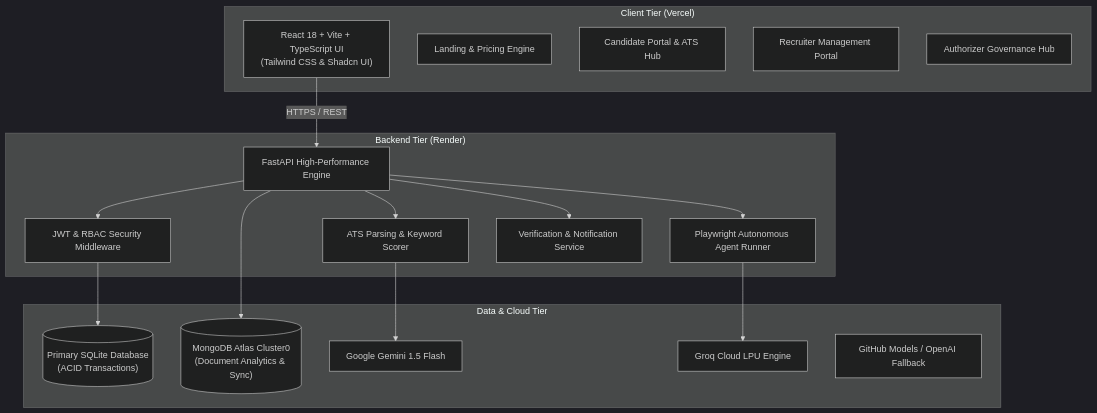
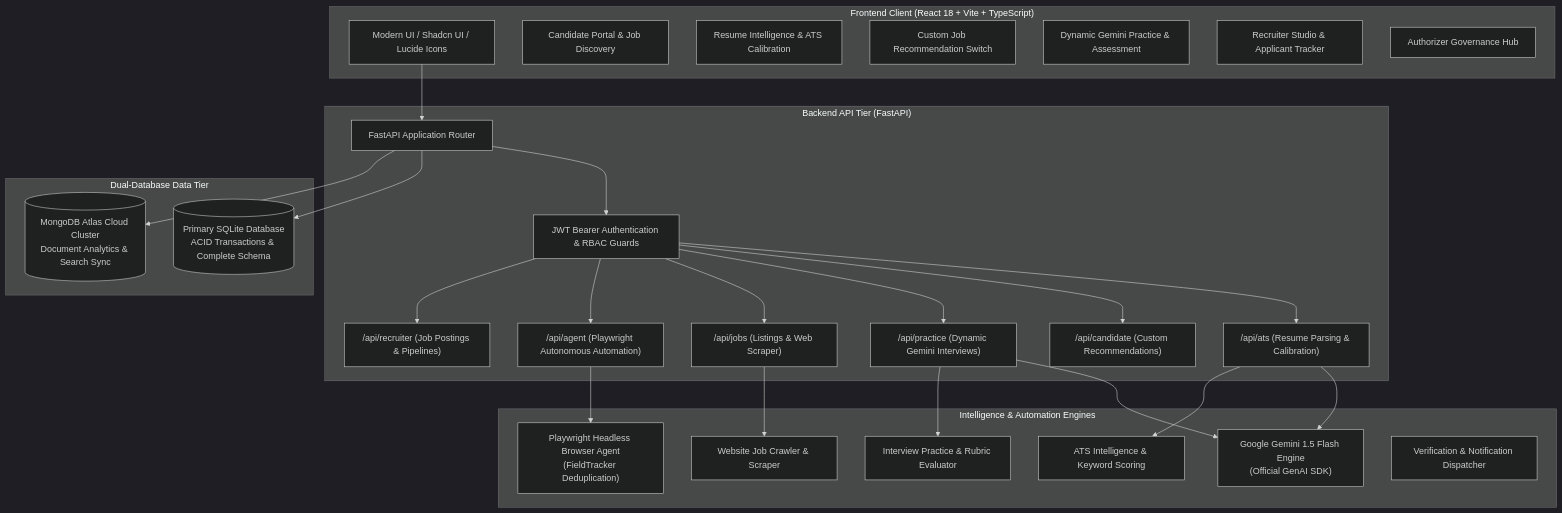
Before and after one commit to tteja121/AutoAgentHire: the diagram in README.md, drawn with Mermaid (dark theme). The commit also changed other lines of this file and 132 other files, not shown here.

Commit message:
feat: complete platform enhancement - dynamic Gemini practice, custom recommendations, ATS calibration & security audit

````diff
--- a/README.md
+++ b/README.md
@@ -39,36 +41,56 @@
 ```mermaid
 graph TD
-    subgraph Client Tier ["Client Tier (Vercel)"]
-        UI["React 18 + Vite + TypeScript UI<br/>(Tailwind CSS & Shadcn UI)"]
-        Landing["Landing & Pricing Engine"]
-        CandidateDash["Candidate Portal & ATS Hub"]
-        RecruiterDash["Recruiter Management Portal"]
-        AuthDash["Authorizer Governance Hub"]
+    subgraph Client Tier ["Frontend Client (React 18 + Vite + TypeScript)"]
+        UI["Modern UI / Shadcn UI / Lucide Icons"]
+        CandidateApp["Candidate Portal & Job Discovery"]
+        ResumeEngine["Resume Intelligence & ATS Calibration"]
+        CustomizeSwitch["Custom Job Recommendation Switch"]
+        PracticeHub["Dynamic Gemini Practice & Assessment"]
+        RecruiterApp["Recruiter Studio & Applicant Tracker"]
+        AuthorizerApp["Authorizer Governance Hub"]
     end
 
-    subgraph API Tier ["Backend Tier (Render)"]
-        FastAPI["FastAPI High-Performance Engine"]
-        AuthMiddleware["JWT & RBAC Security Middleware"]
-        AgentRunner["Playwright Autonomous Agent Runner"]
-        ATSScanner["ATS Parsing & Keyword Scorer"]
-        EmailService["Verification & Notification Service"]
+    subgraph API Gateway ["Backend API Tier (FastAPI)"]
+        Router["FastAPI Application Router"]
+        Security["JWT Bearer Authentication & RBAC Guards"]
+        ATSRoutes["/api/ats (Resume Parsing & Calibration)"]
+        RecomRoutes["/api/candidate (Custom Recommendations)"]
+        PracticeRoutes["/api/practice (Dynamic Gemini Interviews)"]
+        JobRoutes["/api/jobs (Listings & Web Scraper)"]
+        AgentRoutes["/api/agent (Playwright Autonomous Automation)"]
+        RecruiterRoutes["/api/recruiter (Job Postings & Pipelines)"]
     end
 
-    subgraph Data & AI Tier ["Data & Cloud Tier"]
-        SQLite[("Primary SQLite Database<br/>(ACID Transactions)")]
-        Mongo[("MongoDB Atlas Cluster0<br/>(Document Analytics & Sync)")]
-        Gemini["Google Gemini 1.5 Flash"]
-        Groq["Groq Cloud LPU Engine"]
-        GitHubModels["GitHub Models / OpenAI Fallback"]
+    subgraph Service & AI Tier ["Intelligence & Automation Engines"]
+        GeminiService["Google Gemini 1.5 Flash Engine<br/>(Official GenAI SDK)"]
+        ATSService["ATS Intelligence & Keyword Scoring"]
+        CrawlerService["Website Job Crawler & Scraper"]
+        AutomationAgent["Playwright Headless Browser Agent<br/>(FieldTracker Deduplication)"]
+        PracticeService["Interview Practice & Rubric Evaluator"]
+        EmailService["Verification & Notification Dispatcher"]
     end
 
-    UI -->|HTTPS / REST| FastAPI
-    FastAPI --> AuthMiddleware
-    AuthMiddleware --> SQLite
-    FastAPI --> Mongo
-    FastAPI --> AgentRunner
-    FastAPI --> ATSScanner
-    FastAPI --> EmailService
-    ATSScanner --> Gemini
-    AgentRunner --> Groq
+    subgraph Persistence Tier ["Dual-Database Data Tier"]
+        SQLiteDB[("Primary SQLite Database<br/>ACID Transactions & Complete Schema")]
+        MongoAtlas[("MongoDB Atlas Cloud Cluster<br/>Document Analytics & Search Sync")]
+    end
+
+    UI --> Router
+    Router --> Security
+    Security --> ATSRoutes
+    Security --> RecomRoutes
+    Security --> PracticeRoutes
+    Security --> JobRoutes
+    Security --> AgentRoutes
+    Security --> RecruiterRoutes
+
+    ATSRoutes --> GeminiService
+    ATSRoutes --> ATSService
+    PracticeRoutes --> GeminiService
+    PracticeRoutes --> PracticeService
+    JobRoutes --> CrawlerService
+    AgentRoutes --> AutomationAgent
+
+    Router --> SQLiteDB
+    Router --> MongoAtlas
 ```
````
